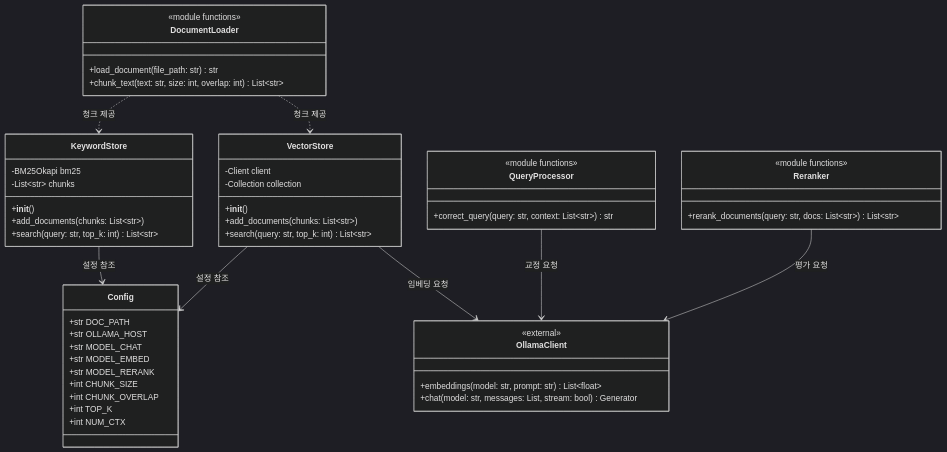
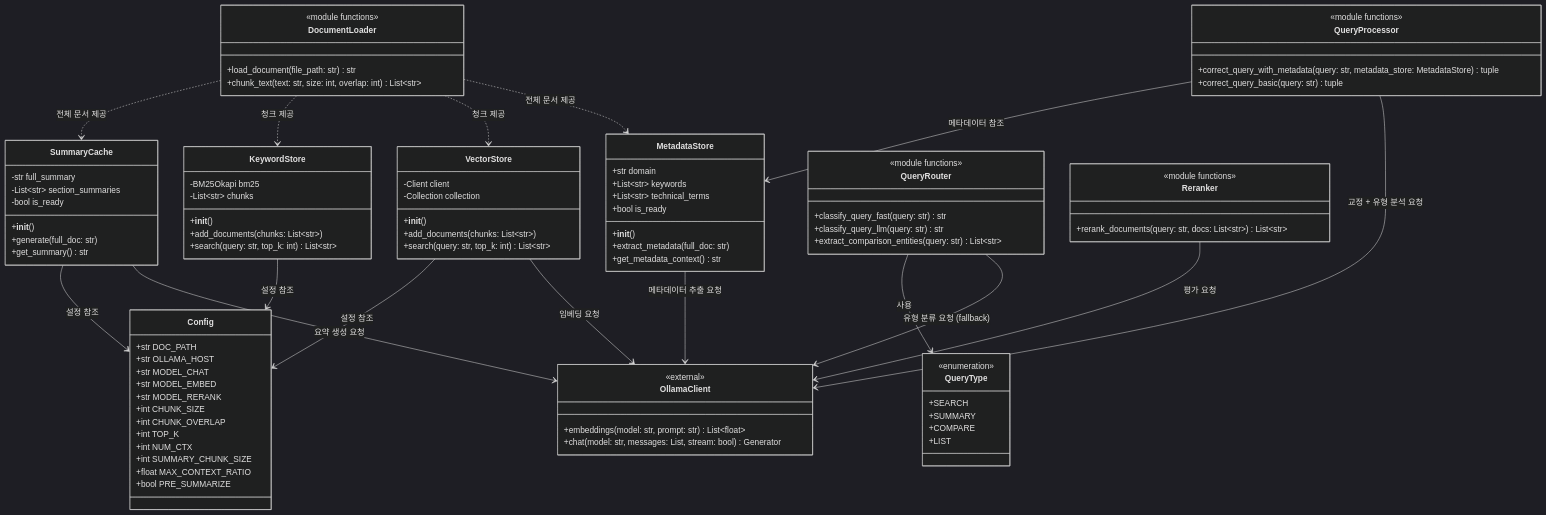
Before and after one commit to laurus-kpa007/no-rag: diagram 22 of 28 in ARCHITECTURE.md, drawn with Mermaid (dark theme). The commit also changed other lines of this file and 3 other files, not shown here.

First line of the commit message:
Implement Metadata-Driven RAG with Query Type Detection (2026 Latest)

````diff
--- a/ARCHITECTURE.md
+++ b/ARCHITECTURE.md
@@ -1000,6 +1065,19 @@
         +int CHUNK_OVERLAP
         +int TOP_K
         +int NUM_CTX
+        +int SUMMARY_CHUNK_SIZE
+        +float MAX_CONTEXT_RATIO
+        +bool PRE_SUMMARIZE
+    }
+
+    class MetadataStore {
+        +str domain
+        +List~str~ keywords
+        +List~str~ technical_terms
+        +bool is_ready
+        +__init__()
+        +extract_metadata(full_doc: str)
+        +get_metadata_context() str
     }
 
     class VectorStore {
@@ -1018,6 +1096,23 @@
         +search(query: str, top_k: int) List~str~
     }
 
+    class SummaryCache {
+        -str full_summary
+        -List~str~ section_summaries
+        -bool is_ready
+        +__init__()
+        +generate(full_doc: str)
+        +get_summary() str
+    }
+
+    class QueryType {
+        <<enumeration>>
+        +SEARCH
+        +SUMMARY
+        +COMPARE
+        +LIST
+    }
+
     class DocumentLoader {
         <<module functions>>
         +load_document(file_path: str) str
@@ -1026,7 +1121,15 @@
 
     class QueryProcessor {
         <<module functions>>
-        +correct_query(query: str, context: List~str~) str
+        +correct_query_with_metadata(query: str, metadata_store: MetadataStore) tuple
+        +correct_query_basic(query: str) tuple
+    }
+
+    class QueryRouter {
+        <<module functions>>
+        +classify_query_fast(query: str) str
+        +classify_query_llm(query: str) str
+        +extract_comparison_entities(query: str) List~str~
     }
 
     class Reranker {
@@ -1040,12 +1143,20 @@
         +chat(model: str, messages: List, stream: bool) Generator
     }
 
+    MetadataStore --> OllamaClient : 메타데이터 추출 요청
     VectorStore --> OllamaClient : 임베딩 요청
     VectorStore --> Config : 설정 참조
     KeywordStore --> Config : 설정 참조
-    QueryProcessor --> OllamaClient : 교정 요청
+    SummaryCache --> OllamaClient : 요약 생성 요청
+    SummaryCache --> Config : 설정 참조
+    QueryProcessor --> OllamaClient : 교정 + 유형 분석 요청
+    QueryProcessor --> MetadataStore : 메타데이터 참조
+    QueryRouter --> OllamaClient : 유형 분류 요청 (fallback)
+    QueryRouter --> QueryType : 사용
     Reranker --> OllamaClient : 평가 요청
 
+    DocumentLoader ..> MetadataStore : 전체 문서 제공
     DocumentLoader ..> VectorStore : 청크 제공
     DocumentLoader ..> KeywordStore : 청크 제공
+    DocumentLoader ..> SummaryCache : 전체 문서 제공
 ```
````
